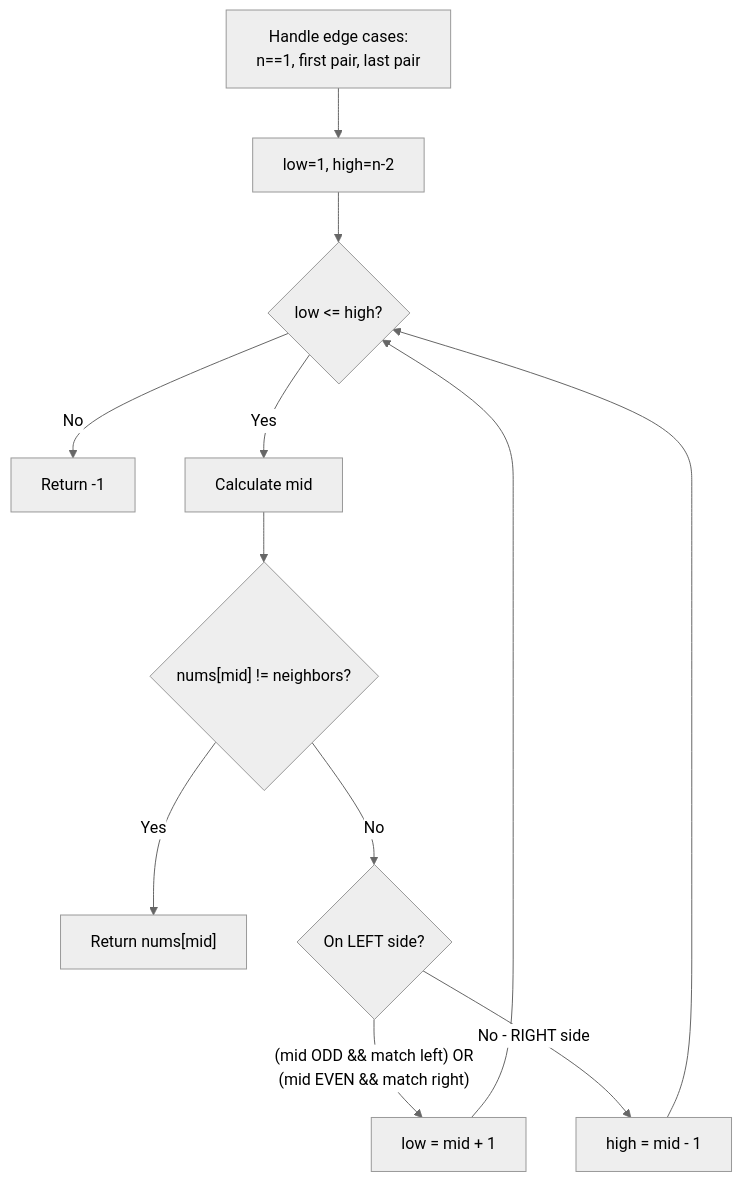
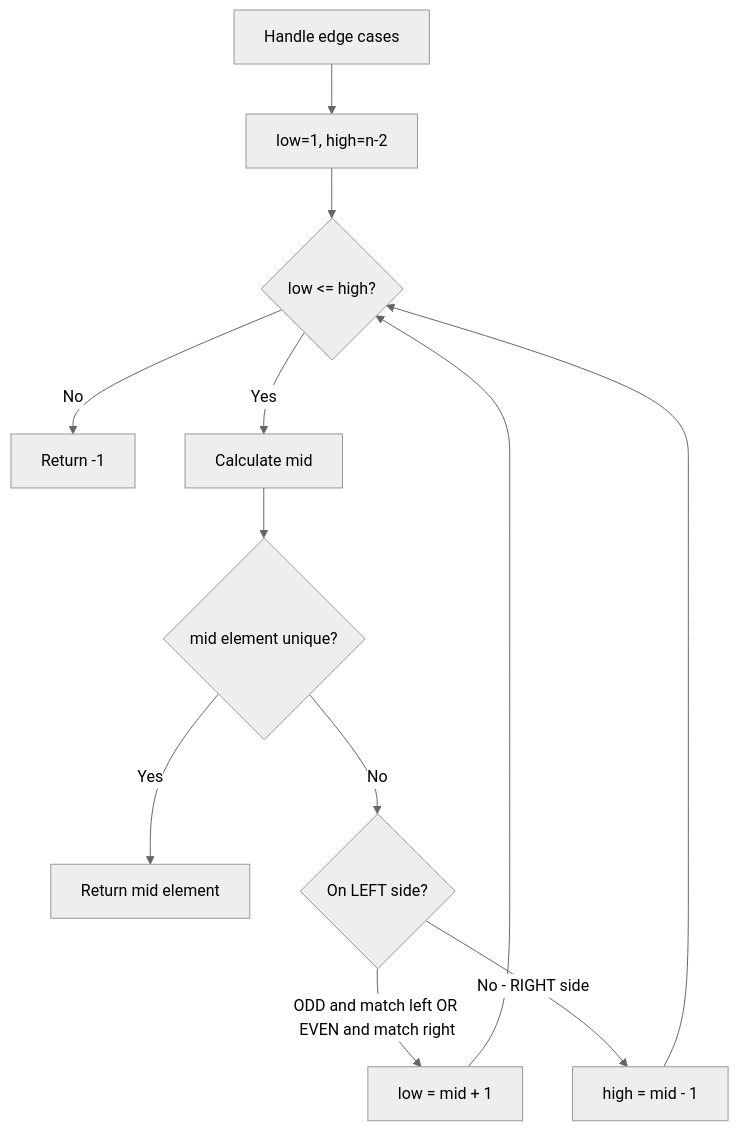
Diagram 15 of 19 in dsa/Advanced/04-Binary search/02-logic-building/02-logic-building.md (pentoshi007/tuf), drawn with Mermaid (neutral theme) before and after one commit. The commit also changed other lines of this file and 1 other file, not shown here.

First line of the commit message:
Fix Mermaid diagram syntax for GitHub compatibility

````diff
--- a/dsa/Advanced/04-Binary search/02-logic-building/02-logic-building.md
+++ b/dsa/Advanced/04-Binary search/02-logic-building/02-logic-building.md
@@ -665,14 +662,14 @@
 ```mermaid
 flowchart TD
-    A["Handle edge cases:\nn==1, first pair, last pair"] --> B["low=1, high=n-2"]
-    B --> C{low <= high?}
+    A["Handle edge cases"] --> B["low=1, high=n-2"]
+    B --> C{"low <= high?"}
     C -->|No| Z["Return -1"]
     C -->|Yes| D["Calculate mid"]
-    D --> E{"nums[mid] != neighbors?"}
-    E -->|Yes| Y["Return nums[mid]"]
+    D --> E{"mid element unique?"}
+    E -->|Yes| Y["Return mid element"]
     E -->|No| F{"On LEFT side?"}
-    F -->|"(mid ODD && match left) OR\n(mid EVEN && match right)"| G["low = mid + 1"]
+    F -->|"ODD and match left OR EVEN and match right"| G["low = mid + 1"]
     F -->|No - RIGHT side| H["high = mid - 1"]
     G --> C
     H --> C
 ```
````
